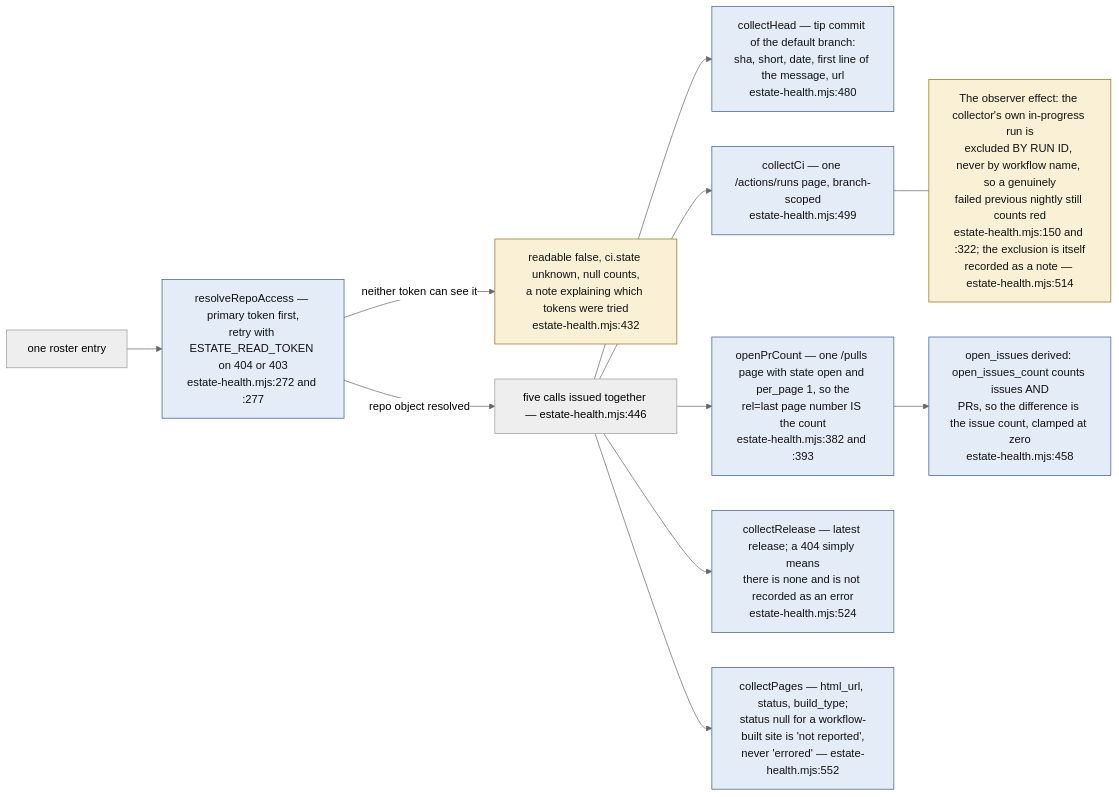
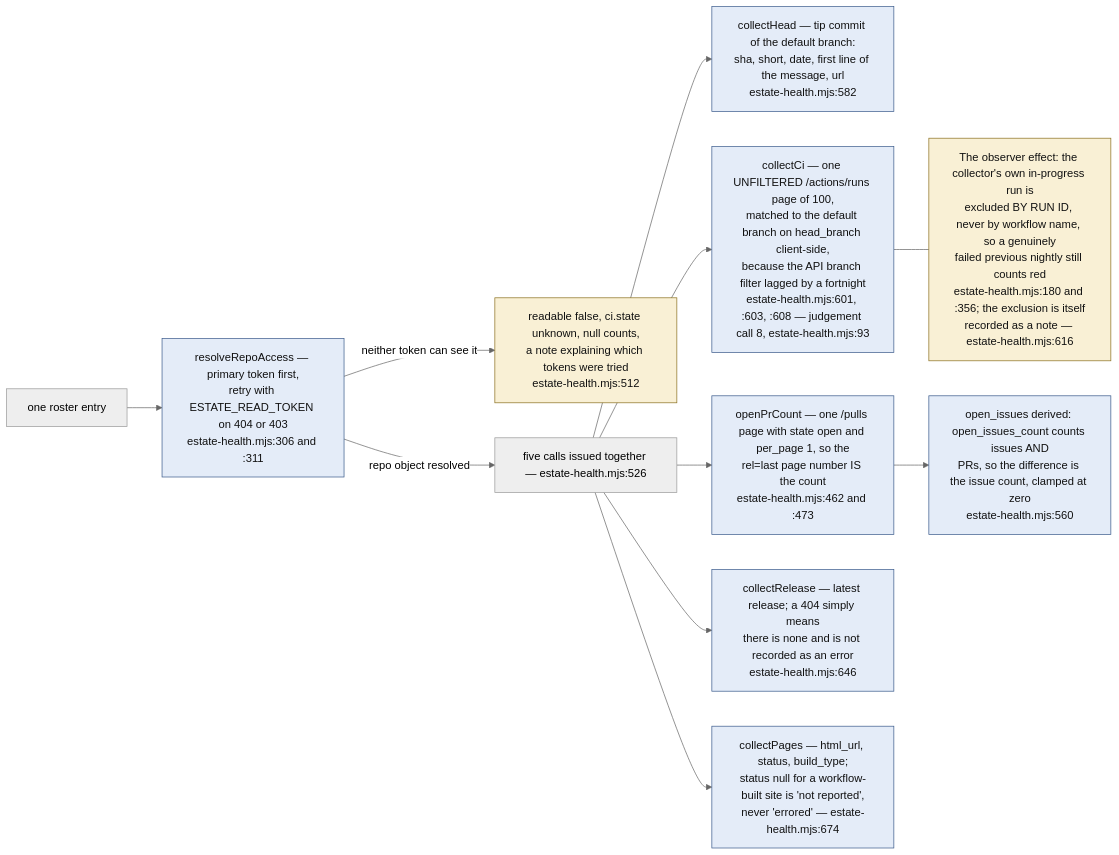
One commit to DreamLab-AI/VisionFlow changed the third of 9 diagrams in docs/diagrams/visionflow/03-estate-health.md. Above: the diagram before and after it, drawn with Mermaid (neutral theme). The commit also changed other lines of this file and 94 other files, not shown here.

First line of the commit message:
docs(diagrams): re-verify 130 topics against 2 October HEADs

````diff
--- a/docs/diagrams/visionflow/03-estate-health.md
+++ b/docs/diagrams/visionflow/03-estate-health.md
@@ -93,20 +97,20 @@
 ```mermaid
 flowchart LR
     classDef apicall fill:#e4ecf8,stroke:#3a5a8a,color:#111
     classDef deg fill:#f9f0d5,stroke:#8a7020,color:#111
 
-    E["one roster entry"] --> ACC["resolveRepoAccess — primary token first,<br/>retry with ESTATE_READ_TOKEN on 404 or 403<br/>estate-health.mjs:272 and :277"]:::apicall
-    ACC -->|"neither token can see it"| UNREAD["readable false, ci.state unknown, null counts,<br/>a note explaining which tokens were tried<br/>estate-health.mjs:432"]:::deg
-    ACC -->|"repo object resolved"| PAR["five calls issued together — estate-health.mjs:446"]
+    E["one roster entry"] --> ACC["resolveRepoAccess — primary token first,<br/>retry with ESTATE_READ_TOKEN on 404 or 403<br/>estate-health.mjs:306 and :311"]:::apicall
+    ACC -->|"neither token can see it"| UNREAD["readable false, ci.state unknown, null counts,<br/>a note explaining which tokens were tried<br/>estate-health.mjs:512"]:::deg
+    ACC -->|"repo object resolved"| PAR["five calls issued together — estate-health.mjs:526"]
 
-    PAR --> C1["collectHead — tip commit of the default branch:<br/>sha, short, date, first line of the message, url<br/>estate-health.mjs:480"]:::apicall
-    PAR --> C2["collectCi — one /actions/runs page, branch-scoped<br/>estate-health.mjs:499"]:::apicall
-    PAR --> C3["openPrCount — one /pulls page with state open and per_page 1, so the<br/>rel=last page number IS the count<br/>estate-health.mjs:382 and :393"]:::apicall
-    PAR --> C4["collectRelease — latest release; a 404 simply means<br/>there is none and is not recorded as an error<br/>estate-health.mjs:524"]:::apicall
-    PAR --> C5["collectPages — html_url, status, build_type;<br/>status null for a workflow-built site is 'not reported',<br/>never 'errored' — estate-health.mjs:552"]:::apicall
+    PAR --> C1["collectHead — tip commit of the default branch:<br/>sha, short, date, first line of the message, url<br/>estate-health.mjs:582"]:::apicall
+    PAR --> C2["collectCi — one UNFILTERED /actions/runs page of 100,<br/>matched to the default branch on head_branch client-side,<br/>because the API branch filter lagged by a fortnight<br/>estate-health.mjs:601, :603, :608 — judgement call 8, estate-health.mjs:93"]:::apicall
+    PAR --> C3["openPrCount — one /pulls page with state open and per_page 1, so the<br/>rel=last page number IS the count<br/>estate-health.mjs:462 and :473"]:::apicall
+    PAR --> C4["collectRelease — latest release; a 404 simply means<br/>there is none and is not recorded as an error<br/>estate-health.mjs:646"]:::apicall
+    PAR --> C5["collectPages — html_url, status, build_type;<br/>status null for a workflow-built site is 'not reported',<br/>never 'errored' — estate-health.mjs:674"]:::apicall
 
-    C3 --> ISSUES["open_issues derived: open_issues_count counts issues AND<br/>PRs, so the difference is the issue count, clamped at zero<br/>estate-health.mjs:458"]:::apicall
+    C3 --> ISSUES["open_issues derived: open_issues_count counts issues AND<br/>PRs, so the difference is the issue count, clamped at zero<br/>estate-health.mjs:560"]:::apicall
 
-    SELF["The observer effect: the collector's own in-progress run is<br/>excluded BY RUN ID, never by workflow name, so a genuinely<br/>failed previous nightly still counts red<br/>estate-health.mjs:150 and :322; the exclusion is itself<br/>recorded as a note — estate-health.mjs:514"]:::deg
+    SELF["The observer effect: the collector's own in-progress run is<br/>excluded BY RUN ID, never by workflow name, so a genuinely<br/>failed previous nightly still counts red<br/>estate-health.mjs:180 and :356; the exclusion is itself<br/>recorded as a note — estate-health.mjs:616"]:::deg
     C2 --- SELF
 ```
````
